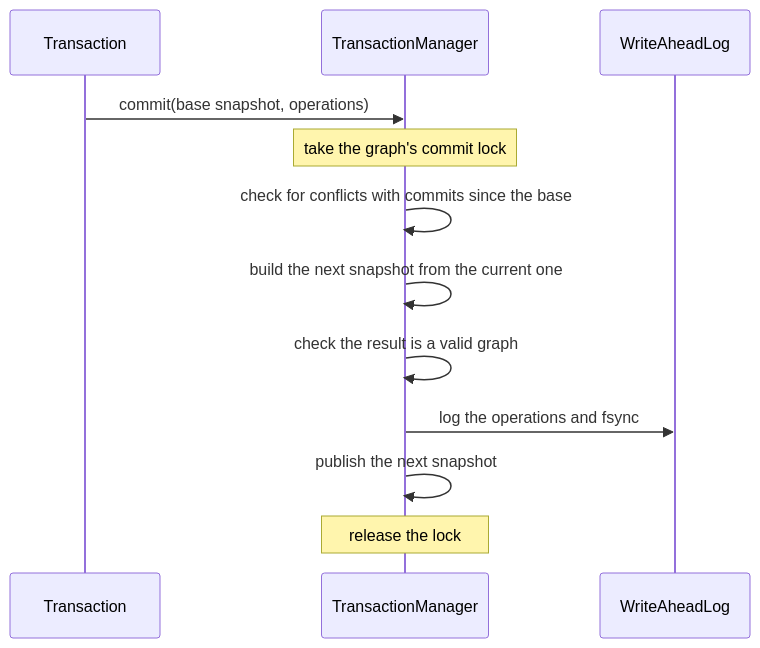
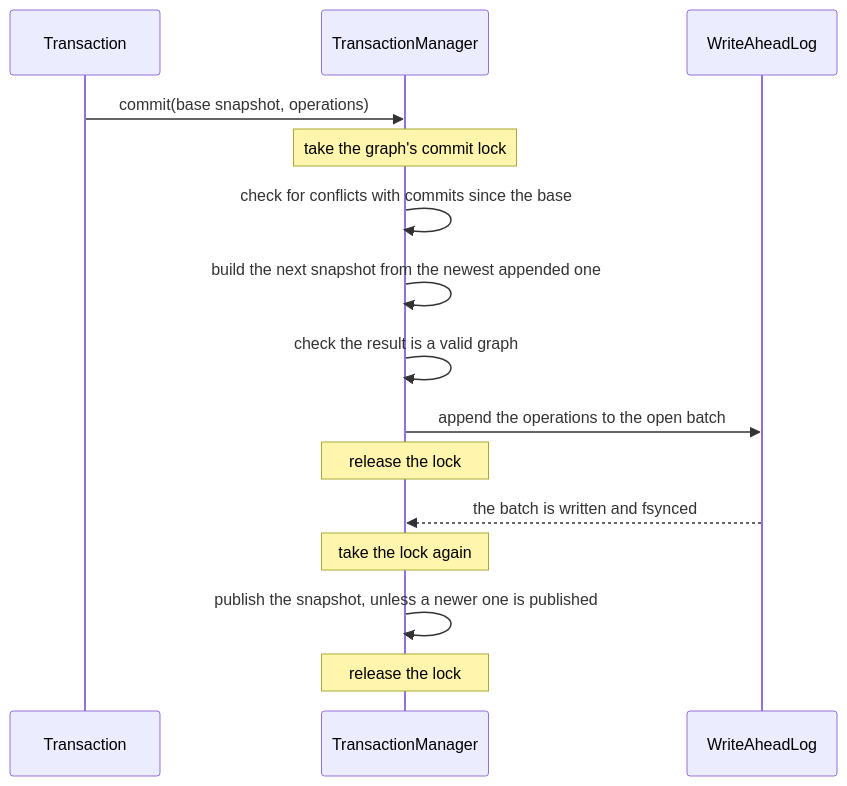
Before and after one commit to Jho0413/GraphDB: the second of 2 diagrams in docs/transactions.md, drawn with Mermaid. The commit also changed other lines of this file and 6 other files, not shown here.

````diff
--- a/docs/transactions.md
+++ b/docs/transactions.md
@@ -56,14 +56,17 @@
 ```mermaid
 sequenceDiagram
     participant T as Transaction
     participant M as TransactionManager
     participant L as WriteAheadLog
     T->>M: commit(base snapshot, operations)
     Note over M: take the graph's commit lock
     M->>M: check for conflicts with commits since the base
-    M->>M: build the next snapshot from the current one
+    M->>M: build the next snapshot from the newest appended one
     M->>M: check the result is a valid graph
-    M->>L: log the operations and fsync
-    M->>M: publish the next snapshot
+    M->>L: append the operations to the open batch
+    Note over M: release the lock
+    L-->>M: the batch is written and fsynced
+    Note over M: take the lock again
+    M->>M: publish the snapshot, unless a newer one is published
     Note over M: release the lock
 ```
````
